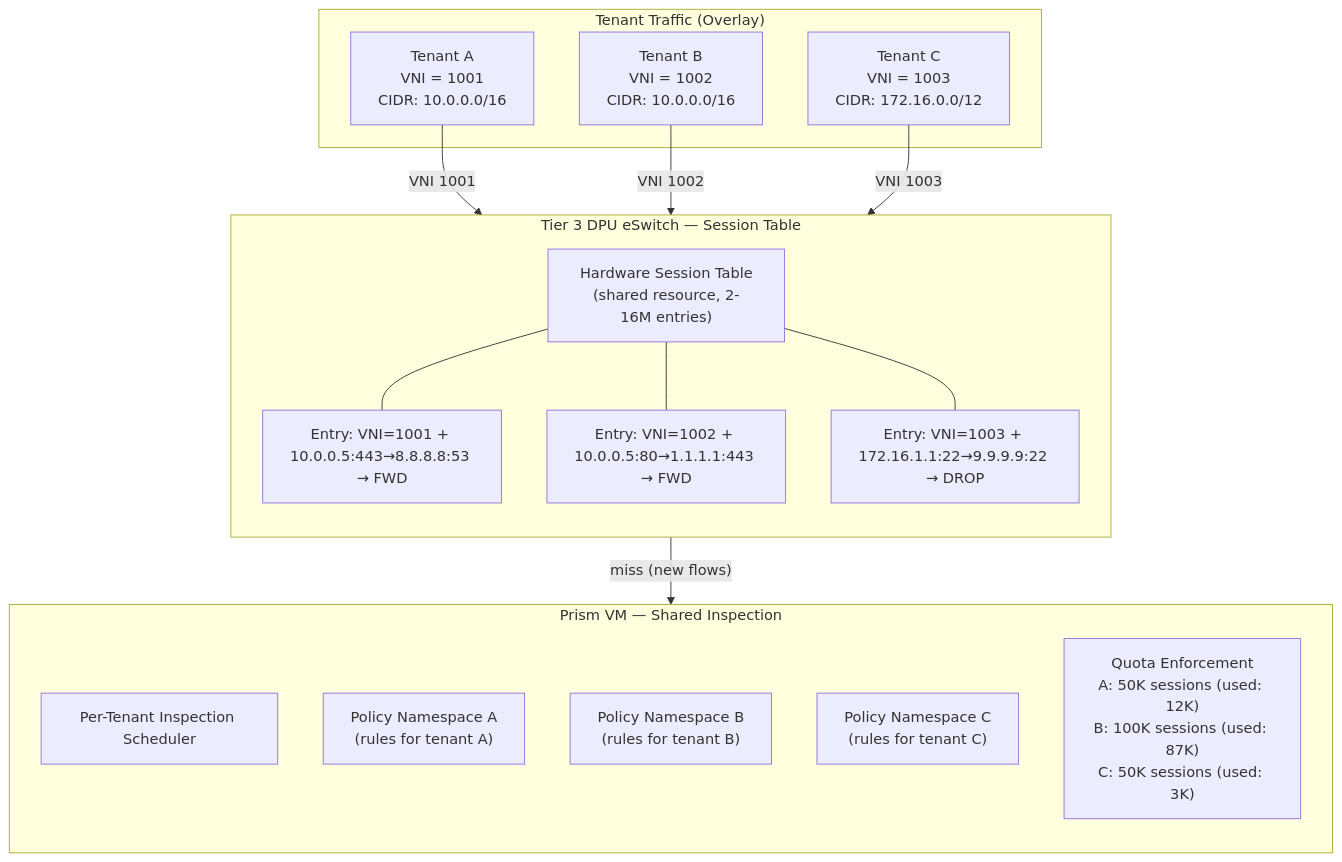
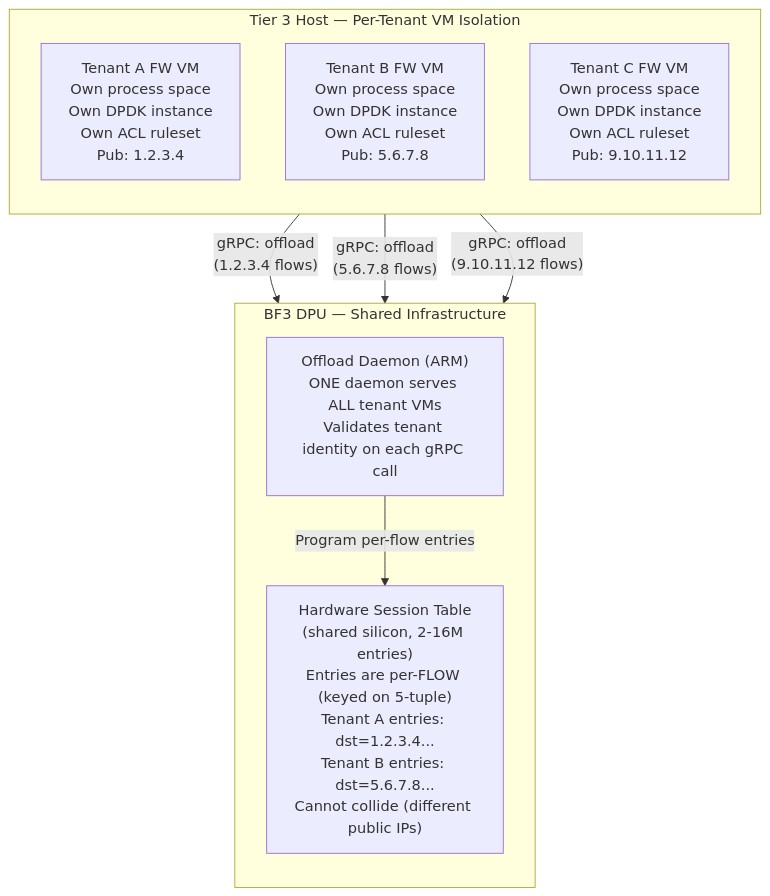
The sixth of 11 diagrams in docs/ARCHITECTURE.md (mara-baysn/technicolor-haze-prism), drawn with Mermaid before and after one commit. The commit also changed other lines of this file, not shown here.

First line of the commit message:
docs: rewrite ARCHITECTURE.md — all sections now per-tenant VM model

````diff
--- a/docs/ARCHITECTURE.md
+++ b/docs/ARCHITECTURE.md
@@ -269,33 +303,20 @@
 ```mermaid
 flowchart TD
-    subgraph TENANTS["Tenant Traffic (Overlay)"]
-        TA["Tenant A<br/>VNI = 1001<br/>CIDR: 10.0.0.0/16"]
-        TB["Tenant B<br/>VNI = 1002<br/>CIDR: 10.0.0.0/16"]
-        TC["Tenant C<br/>VNI = 1003<br/>CIDR: 172.16.0.0/12"]
+    subgraph HOST["Tier 3 Host — Per-Tenant VM Isolation"]
+        direction TB
+        VM_A["Tenant A FW VM<br/>Own process space<br/>Own DPDK instance<br/>Own ACL ruleset<br/>Pub: 1.2.3.4"]
+        VM_B["Tenant B FW VM<br/>Own process space<br/>Own DPDK instance<br/>Own ACL ruleset<br/>Pub: 5.6.7.8"]
+        VM_C["Tenant C FW VM<br/>Own process space<br/>Own DPDK instance<br/>Own ACL ruleset<br/>Pub: 9.10.11.12"]
     end
 
-    subgraph ESWITCH["Tier 3 DPU eSwitch — Session Table"]
+    subgraph DPU["BF3 DPU — Shared Infrastructure"]
         direction TB
-        ST["Hardware Session Table<br/>(shared resource, 2-16M entries)"]
-        E1["Entry: VNI=1001 + 10.0.0.5:443→8.8.8.8:53 → FWD"]
-        E2["Entry: VNI=1002 + 10.0.0.5:80→1.1.1.1:443 → FWD"]
-        E3["Entry: VNI=1003 + 172.16.1.1:22→9.9.9.9:22 → DROP"]
-        ST --- E1
-        ST --- E2
-        ST --- E3
+        DAEMON["Offload Daemon (ARM)<br/>ONE daemon serves ALL tenant VMs<br/>Validates tenant identity on each gRPC call"]
+        ST["Hardware Session Table<br/>(shared silicon, 2-16M entries)<br/>Entries are per-FLOW (keyed on 5-tuple)<br/>Tenant A entries: dst=1.2.3.4...<br/>Tenant B entries: dst=5.6.7.8...<br/>Cannot collide (different public IPs)"]
     end
 
-    subgraph PRISM["Prism VM — Shared Inspection"]
-        direction TB
-        SCHED["Per-Tenant Inspection Scheduler"]
-        NS_A["Policy Namespace A<br/>(rules for tenant A)"]
-        NS_B["Policy Namespace B<br/>(rules for tenant B)"]
-        NS_C["Policy Namespace C<br/>(rules for tenant C)"]
-        QUOTA["Quota Enforcement<br/>A: 50K sessions (used: 12K)<br/>B: 100K sessions (used: 87K)<br/>C: 50K sessions (used: 3K)"]
-    end
-
-    TA -->|"VNI 1001"| ESWITCH
-    TB -->|"VNI 1002"| ESWITCH
-    TC -->|"VNI 1003"| ESWITCH
-    ESWITCH -->|"miss (new flows)"| PRISM
+    VM_A -->|"gRPC: offload<br/>(1.2.3.4 flows)"| DAEMON
+    VM_B -->|"gRPC: offload<br/>(5.6.7.8 flows)"| DAEMON
+    VM_C -->|"gRPC: offload<br/>(9.10.11.12 flows)"| DAEMON
+    DAEMON -->|"Program per-flow entries"| ST
 ```
````
